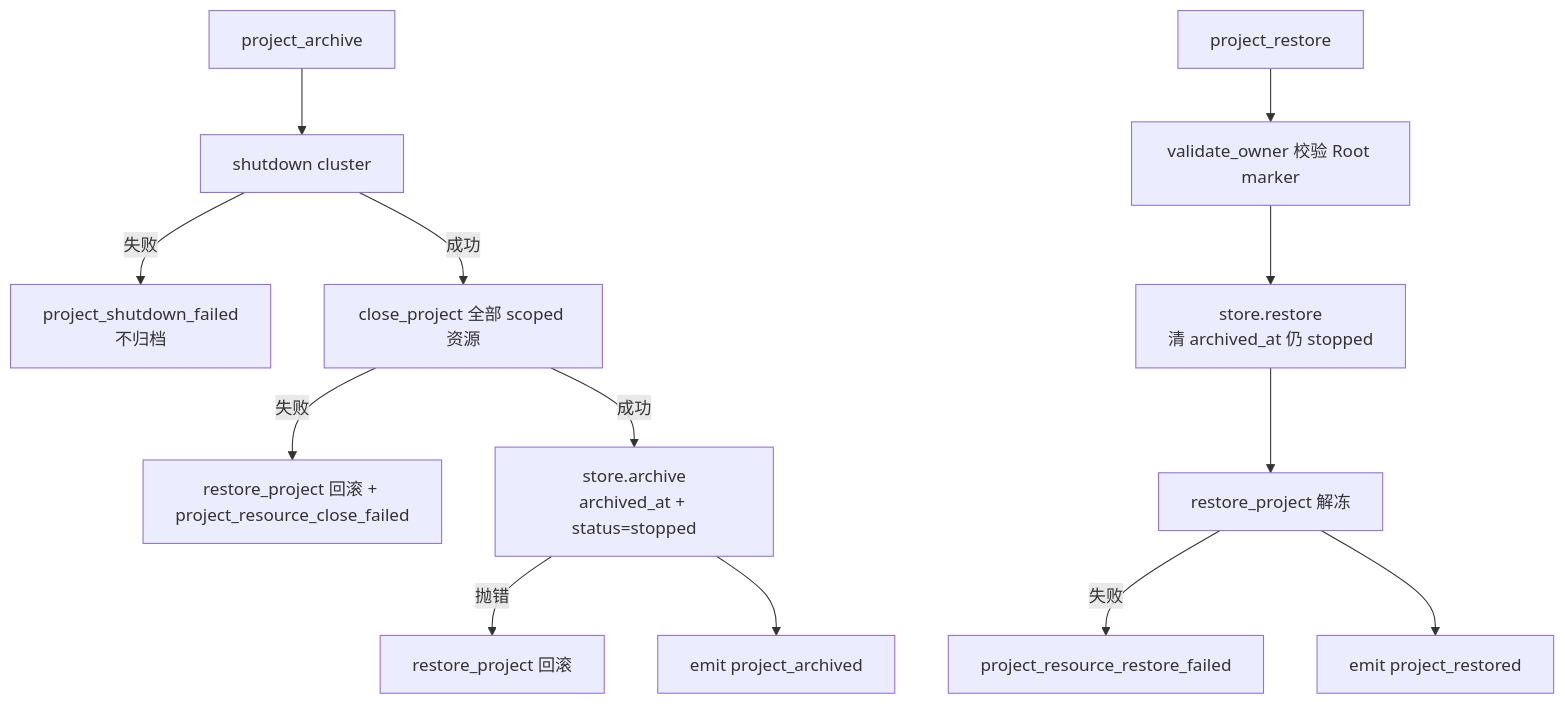
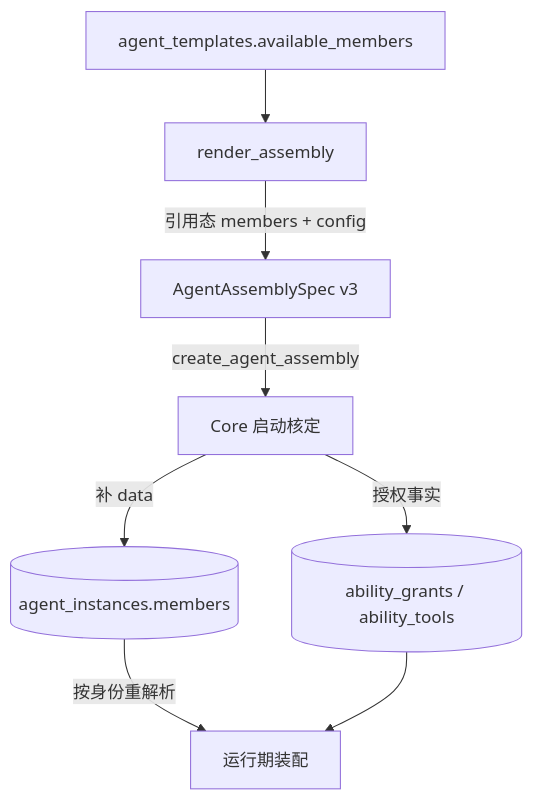
The second of 3 diagrams in docs/ARCHITECTURE.md (ghrah-org/ghrah-monorepo), drawn with Mermaid before and after one commit. The commit also changed other lines of this file and 15 other files, not shown here.

````diff
--- a/docs/ARCHITECTURE.md
+++ b/docs/ARCHITECTURE.md
@@ -2637,15 +975,10 @@
 ```mermaid
 flowchart TD
-  A[project_archive] --> B[shutdown cluster]
-  B -->|失败| X[project_shutdown_failed<br/>不归档]
-  B -->|成功| C[close_project 全部 scoped 资源]
-  C -->|失败| Y[restore_project 回滚 + project_resource_close_failed]
-  C -->|成功| D[store.archive<br/>archived_at + status=stopped]
-  D -->|抛错| Z[restore_project 回滚]
-  D --> E[emit project_archived]
-  F[project_restore] --> G[validate_owner 校验 Root marker]
-  G --> H[store.restore<br/>清 archived_at 仍 stopped]
-  H --> I[restore_project 解冻]
-  I -->|失败| J[project_resource_restore_failed]
-  I --> K[emit project_restored]
+  T[agent_templates.available_members] --> R[render_assembly]
+  R -->|引用态 members + config| S[AgentAssemblySpec v3]
+  S -->|create_agent_assembly| C[Core 启动核定]
+  C -->|补 data| SN[(agent_instances.members)]
+  C -->|授权事实| G[(ability_grants / ability_tools)]
+  SN -->|按身份重解析| X[运行期装配]
+  G --> X
 ```
````
